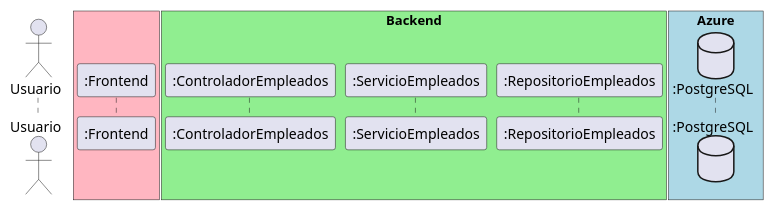
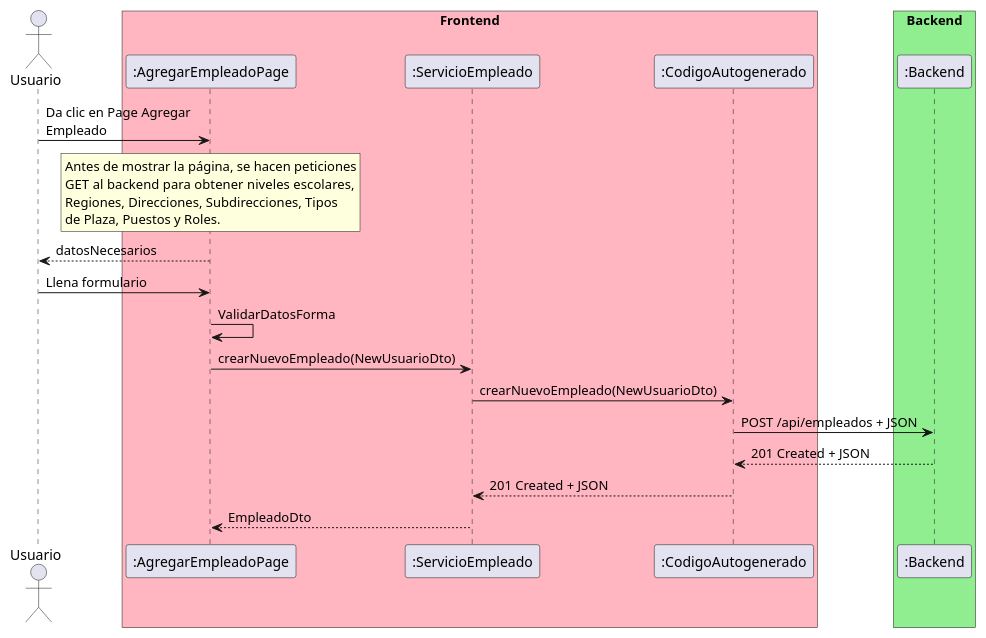
Before and after one commit to migueGO98/ProyectoSID: the diagram in docs/diagramasSecuencia/frontend/HU-01.puml, drawn with PlantUML. The commit also changed 4 other files, not shown here.

Commit message:
Actualizar API-SID y terminar diagramas de secuencia HU-01

```diff
--- a/docs/diagramasSecuencia/frontend/HU-01.puml
+++ b/docs/diagramasSecuencia/frontend/HU-01.puml
@@ -1,16 +1,31 @@
 @startuml
 'https://plantuml.com/sequence-diagram
 
 actor Usuario as user
-box #LightPink
-    participant ":Frontend" as front
+box "Frontend" #LightPink
+    participant ":AgregarEmpleadoPage" as usuarioPage
+    participant ":ServicioEmpleado" as service
+    participant ":CodigoAutogenerado" as code
 end box
 box "Backend" #LightGreen
-    participant ":ControladorEmpleados" as controller
-    participant ":ServicioEmpleados" as service
-    participant ":RepositorioEmpleados" as repository
+    participant ":Backend" as back
 end box
-box "Azure" #LightBlue
-    database ":PostgreSQL" as db
-end box
+
+user -> usuarioPage: Da clic en Page Agregar \nEmpleado
+rnote over usuarioPage
+Antes de mostrar la página, se hacen peticiones
+GET al backend para obtener  niveles escolares,
+Regiones, Direcciones, Subdirecciones, Tipos
+de Plaza, Puestos y Roles.
+end note
+usuarioPage --> user: datosNecesarios
+user -> usuarioPage: Llena formulario
+usuarioPage -> usuarioPage: ValidarDatosForma
+usuarioPage -> service: crearNuevoEmpleado(NewUsuarioDto)
+service -> code: crearNuevoEmpleado(NewUsuarioDto)
+code -> back: POST /api/empleados + JSON
+back --> code: 201 Created + JSON
+code --> service: 201 Created + JSON
+service --> usuarioPage: EmpleadoDto
+
 @enduml
```
